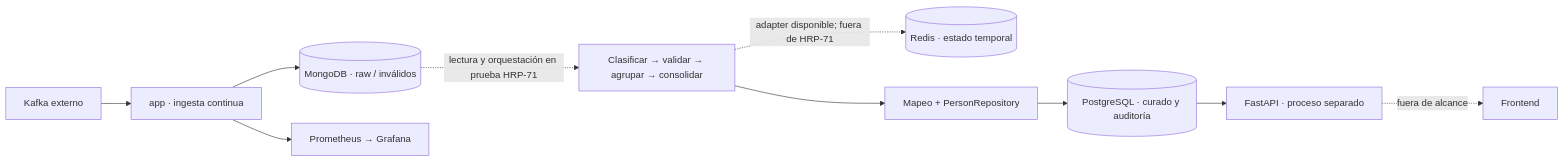
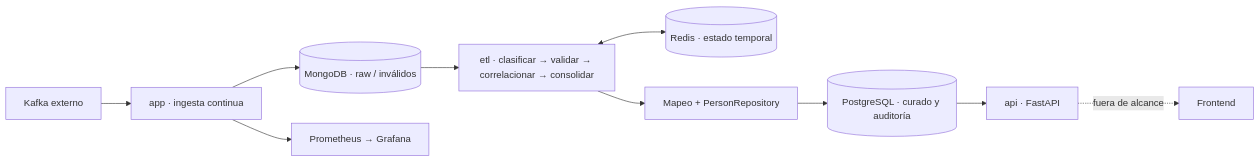
The diagram in README.md (Bootcamp-IA-MAD-P7/Proyecto-DataEngineer-Grupo1), drawn with Mermaid before and after one commit. The commit also changed other lines of this file and 24 other files, not shown here.

````diff
--- a/README.md
+++ b/README.md
@@ -119,12 +117,12 @@
 ```mermaid
 flowchart LR
     K["Kafka externo"] --> I["app · ingesta continua"]
     I --> M[("MongoDB · raw / inválidos")]
     I --> O["Prometheus → Grafana"]
-    M -. "lectura y orquestación en prueba HRP-71" .-> T["Clasificar → validar → agrupar → consolidar"]
-    T -. "adapter disponible; fuera de HRP-71" .-> R[("Redis · estado temporal")]
+    M --> T["etl · clasificar → validar → correlacionar → consolidar"]
+    T <--> R[("Redis · estado temporal")]
     T --> P["Mapeo + PersonRepository"]
     P --> S[("PostgreSQL · curado y auditoría")]
-    S --> A["FastAPI · proceso separado"]
+    S --> A["api · FastAPI"]
     A -. "fuera de alcance" .-> F["Frontend"]
 ```
````
